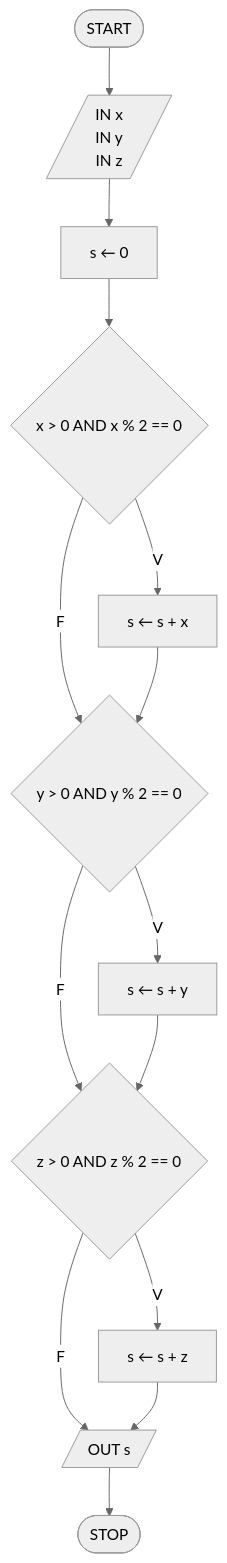
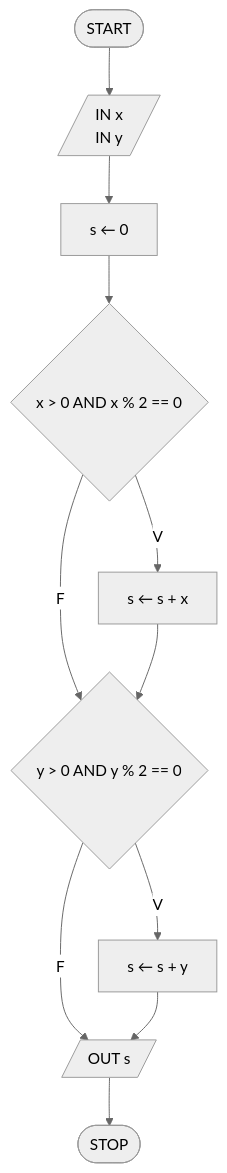
Diagram 14 of 28 in flowcharts_soluzioni.md (pg-laboratorio/flowcharts_laboratorio_esercizi), drawn with Mermaid (neutral theme) before and after one commit. The commit also changed other lines of this file, not shown here.

````diff
--- a/flowcharts_soluzioni.md
+++ b/flowcharts_soluzioni.md
@@ -313,16 +302,13 @@
 ```mermaid
 graph TD
-    START([START]) --> INPUT[/"IN x<br>IN y<br>IN z"/]
+    START([START]) --> INPUT[/"IN x<br>IN y"/]
     INPUT --> INIT["s ← 0"]
     INIT --> CX{"x > 0 AND x % 2 == 0"}
     CX -- V --> AX["s ← s + x"]
     CX -- F --> CY{"y > 0 AND y % 2 == 0"}
     AX --> CY
     CY -- V --> AY["s ← s + y"]
-    CY -- F --> CZ{"z > 0 AND z % 2 == 0"}
-    AY --> CZ
-    CZ -- V --> AZ["s ← s + z"]
-    CZ -- F --> OUTPUT[/"OUT s"/]
-    AZ --> OUTPUT
+    CY -- F --> OUTPUT[/"OUT s"/]
+    AY --> OUTPUT
     OUTPUT --> STOP([STOP])
 ```
````
